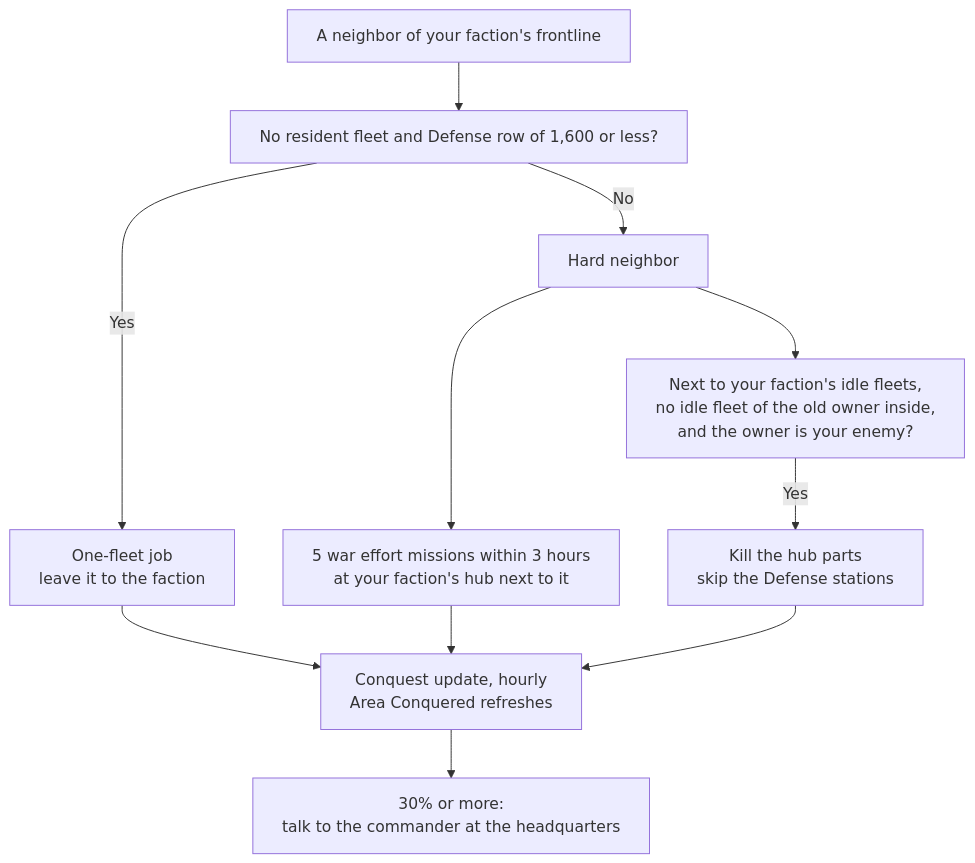
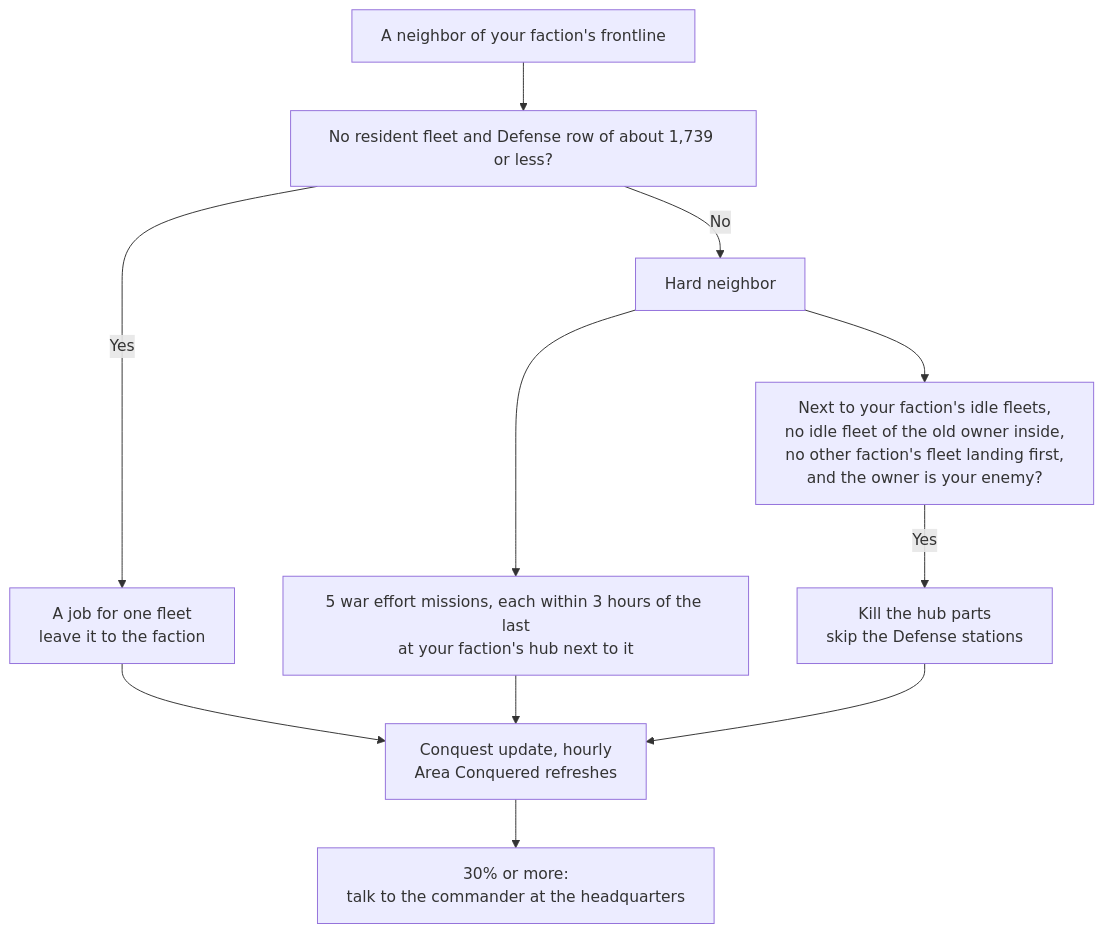
One commit to williammabernathy/Igi-s-QoL-Modpack changed the third of 3 diagrams in docs/mechanics/conquest/sector-control.md. Above: the diagram before and after it, drawn with Mermaid. The commit also changed other lines of this file and 194 other files, not shown here.

````diff
--- a/docs/mechanics/conquest/sector-control.md
+++ b/docs/mechanics/conquest/sector-control.md
@@ -182,18 +193,18 @@
 ```mermaid
 ---
 config:
   flowchart:
     wrappingWidth: 420
 ---
 flowchart TD
-    A["A neighbor of your faction's frontline"] --> B["No resident fleet and Defense row of 1,600 or less?"]
-    B -- Yes --> C["One-fleet job<br/>leave it to the faction"]
+    A["A neighbor of your faction's frontline"] --> B["No resident fleet and Defense row of about 1,739 or less?"]
+    B -- Yes --> C["A job for one fleet<br/>leave it to the faction"]
     B -- No --> D["Hard neighbor"]
-    D --> E["5 war effort missions within 3 hours<br/>at your faction's hub next to it"]
-    D --> F["Next to your faction's idle fleets,<br/>no idle fleet of the old owner inside,<br/>and the owner is your enemy?"]
+    D --> E["5 war effort missions, each within 3 hours of the last<br/>at your faction's hub next to it"]
+    D --> F["Next to your faction's idle fleets,<br/>no idle fleet of the old owner inside,<br/>no other faction's fleet landing first,<br/>and the owner is your enemy?"]
     F -- Yes --> G["Kill the hub parts<br/>skip the Defense stations"]
     C --> H["Conquest update, hourly<br/>Area Conquered refreshes"]
     E --> H
     G --> H
     H --> I["30% or more:<br/>talk to the commander at the headquarters"]
 ```
````
